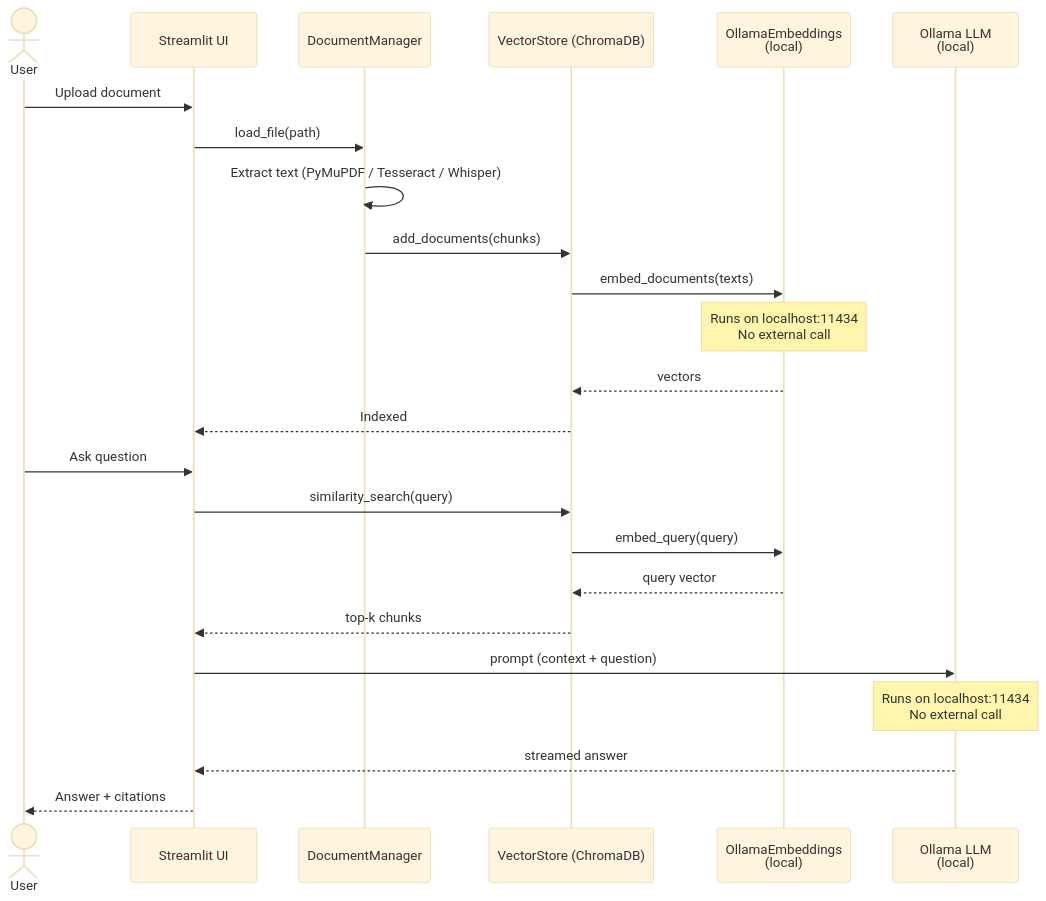
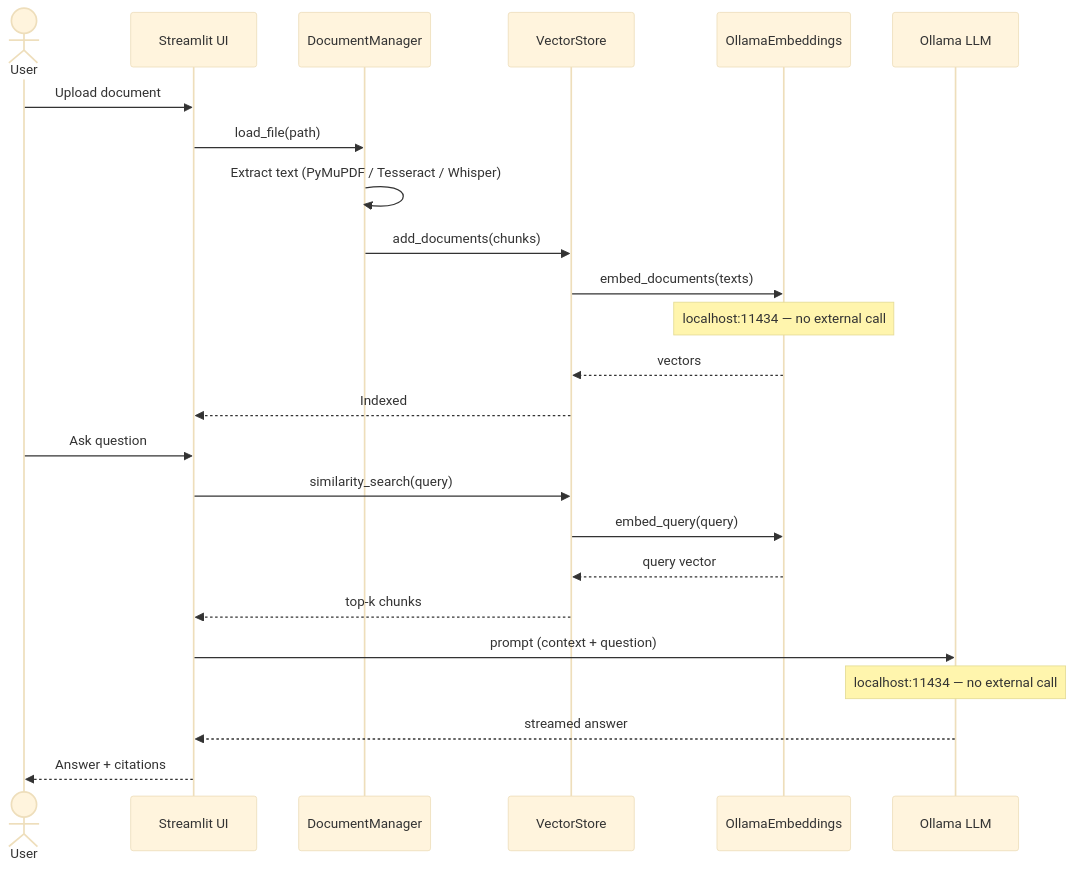
Before and after one commit to mrs80s0706-create/local-rag-assistant: the second of 3 diagrams in docs/architecture.md, drawn with Mermaid (base theme). The commit also changed other lines of this file, not shown here.

First line of the commit message:
fix: repair Mermaid diagrams in architecture.md

````diff
--- a/docs/architecture.md
+++ b/docs/architecture.md
@@ -46,28 +46,28 @@
 ```mermaid
 sequenceDiagram
     actor User
     participant UI as Streamlit UI
     participant Mgr as DocumentManager
-    participant VS as VectorStore (ChromaDB)
-    participant Emb as OllamaEmbeddings<br/>(local)
-    participant LLM as Ollama LLM<br/>(local)
+    participant VS as VectorStore
+    participant Emb as OllamaEmbeddings
+    participant LLM as Ollama LLM
 
     User->>UI: Upload document
     UI->>Mgr: load_file(path)
     Mgr->>Mgr: Extract text (PyMuPDF / Tesseract / Whisper)
     Mgr->>VS: add_documents(chunks)
     VS->>Emb: embed_documents(texts)
-    Note over Emb: Runs on localhost:11434<br/>No external call
+    Note over Emb: localhost:11434 — no external call
     Emb-->>VS: vectors
     VS-->>UI: Indexed
 
     User->>UI: Ask question
     UI->>VS: similarity_search(query)
     VS->>Emb: embed_query(query)
     Emb-->>VS: query vector
     VS-->>UI: top-k chunks
     UI->>LLM: prompt (context + question)
-    Note over LLM: Runs on localhost:11434<br/>No external call
+    Note over LLM: localhost:11434 — no external call
     LLM-->>UI: streamed answer
     UI-->>User: Answer + citations
 ```
````
